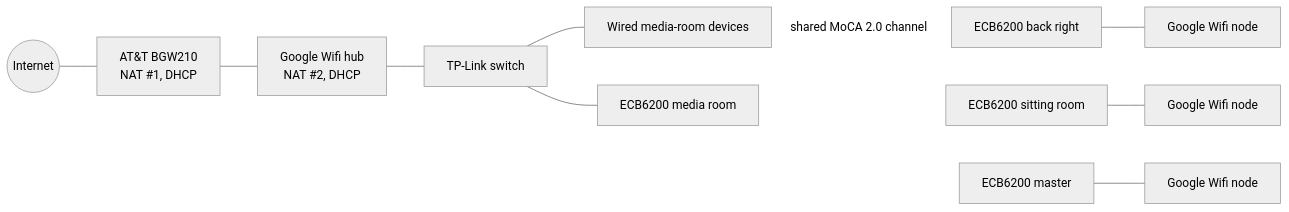
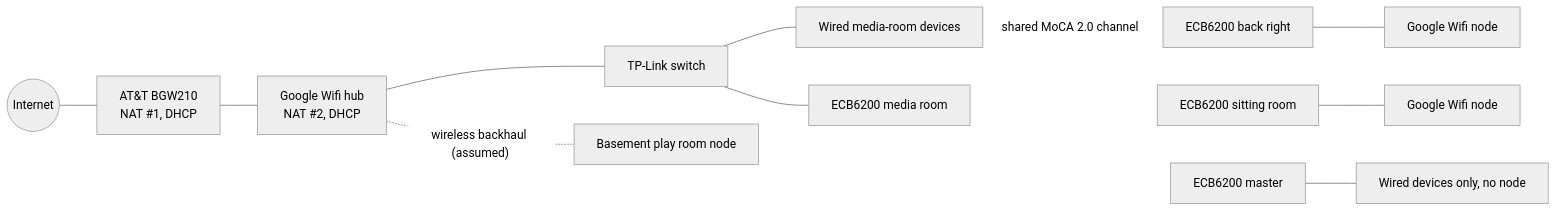
Before and after one commit to CosmicCEO/home-network-playbook: the third of 3 diagrams in docs/01-as-found.md, drawn with Mermaid (neutral theme). The commit also changed other lines of this file and 3 other files, not shown here.

First line of the commit message:
Correct mesh layout: four units, no node in master, basement node unwired

````diff
--- a/docs/01-as-found.md
+++ b/docs/01-as-found.md
@@ -124,14 +128,15 @@
 ```mermaid
 flowchart LR
     INET((Internet)) --- BGW["AT&T BGW210<br/>NAT #1, DHCP"]
     BGW --- HUB["Google Wifi hub<br/>NAT #2, DHCP"]
     HUB --- SW[TP-Link switch]
     SW --- WIRED[Wired media-room devices]
     SW --- MC0[ECB6200 media room]
     MC0 ~~~|"shared MoCA 2.0 channel"| MC1[ECB6200 back right]
     MC0 ~~~ MC2[ECB6200 sitting room]
     MC0 ~~~ MC3[ECB6200 master]
     MC1 --- N1[Google Wifi node]
     MC2 --- N2[Google Wifi node]
-    MC3 --- N3[Google Wifi node]
+    MC3 --- WD3[Wired devices only, no node]
+    HUB -. "wireless backhaul (assumed)" .- N4[Basement play room node]
 ```
````
